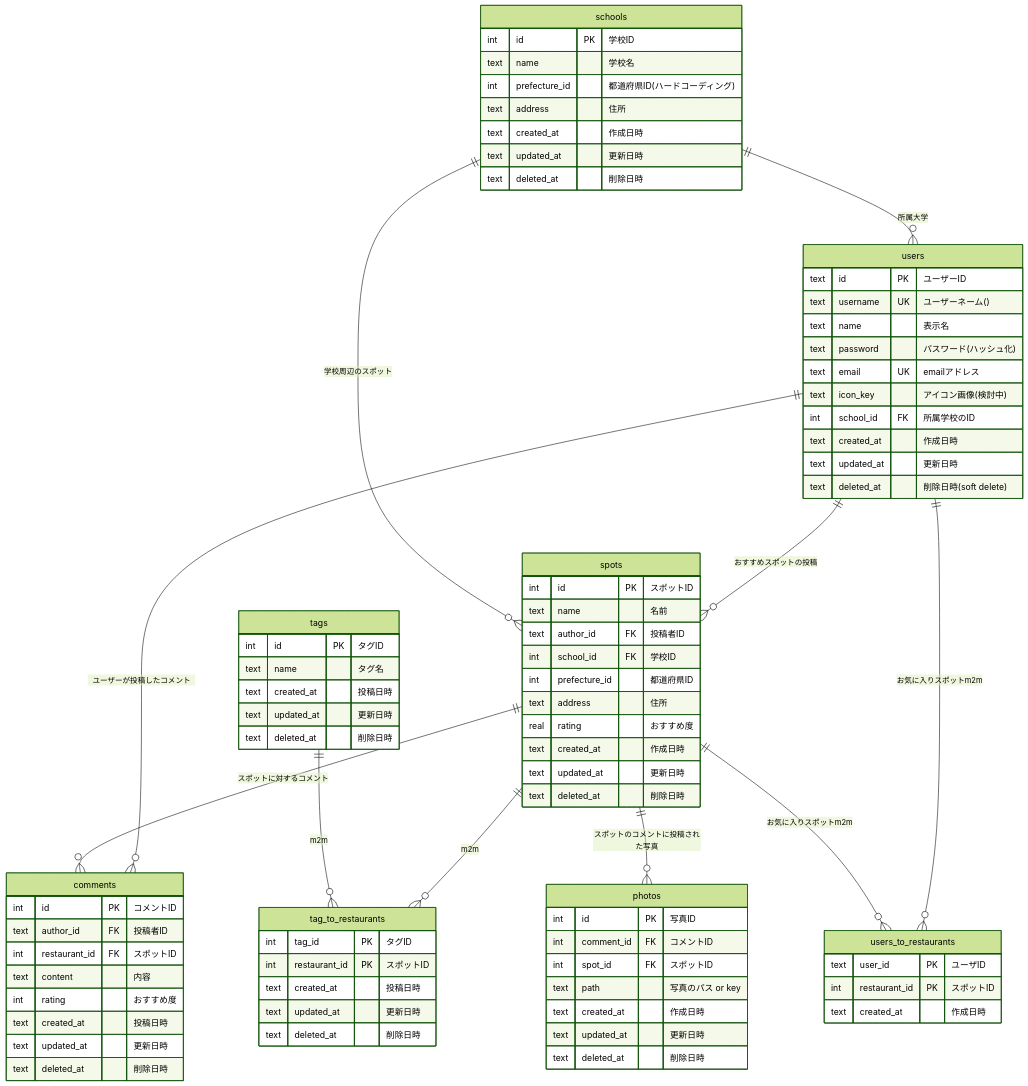
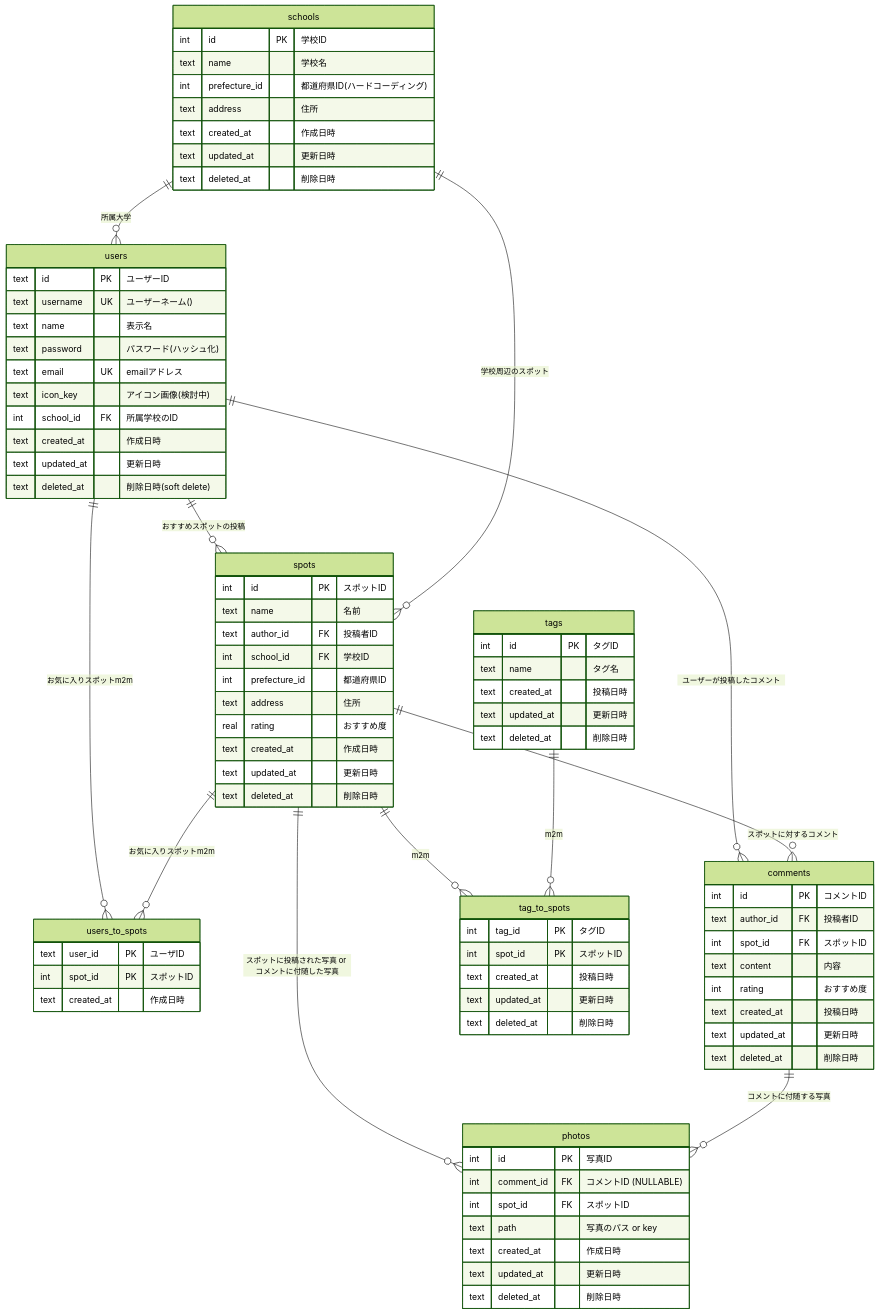
Before and after one commit to Daaaai0809/youniplaza: the diagram in docs/ER.md, drawn with Mermaid (forest theme). The commit also changed 6 other files, not shown here.

````diff
--- a/docs/ER.md
+++ b/docs/ER.md
@@ -26,9 +26,9 @@
     text deleted_at "削除日時"
 }
 
-users_to_restaurants {
+users_to_spots {
     text user_id PK "ユーザID"
-    int restaurant_id PK "スポットID"
+    int spot_id PK "スポットID"
     text created_at "作成日時"
 }
 
@@ -48,7 +48,7 @@
 comments { 
     int id PK "コメントID"
     text author_id FK "投稿者ID"
-    int restaurant_id FK "スポットID"
+    int spot_id FK "スポットID"
     text content "内容"
     int rating "おすすめ度"
     text created_at "投稿日時"
@@ -58,7 +58,7 @@
 
 photos {
     int id PK "写真ID"
-    int comment_id FK "コメントID"
+    int comment_id FK "コメントID (NULLABLE)"
     int spot_id FK "スポットID"
     text path "写真のパス or key"
     text created_at "作成日時"
@@ -74,9 +74,9 @@
     text deleted_at "削除日時"
 }
 
-tag_to_restaurants {
+tag_to_spots {
     int tag_id PK "タグID"
-    int restaurant_id PK "スポットID"
+    int spot_id PK "スポットID"
     text created_at "投稿日時"
     text updated_at "更新日時"
     text deleted_at "削除日時"
@@ -84,12 +84,13 @@
 
 users ||--o{ spots : "おすすめスポットの投稿"
 users ||--o{ comments : "ユーザーが投稿したコメント"
-users ||--o{ users_to_restaurants : "お気に入りスポットm2m"
+users ||--o{ users_to_spots : "お気に入りスポットm2m"
 schools ||--o{ spots : "学校周辺のスポット"
 schools ||--o{ users : "所属大学"
 spots ||--o{ comments : "スポットに対するコメント"
-spots ||--o{ tag_to_restaurants : "m2m"
-spots ||--o{ users_to_restaurants : "お気に入りスポットm2m"
-spots ||--o{ photos : "スポットのコメントに投稿された写真"
-tags ||--o{ tag_to_restaurants : "m2m"
+spots ||--o{ tag_to_spots : "m2m"
+spots ||--o{ users_to_spots : "お気に入りスポットm2m"
+spots ||--o{ photos : "スポットに投稿された写真 or コメントに付随した写真"
+tags ||--o{ tag_to_spots : "m2m"
+comments ||--o{ photos : "コメントに付随する写真"
 ```
````
